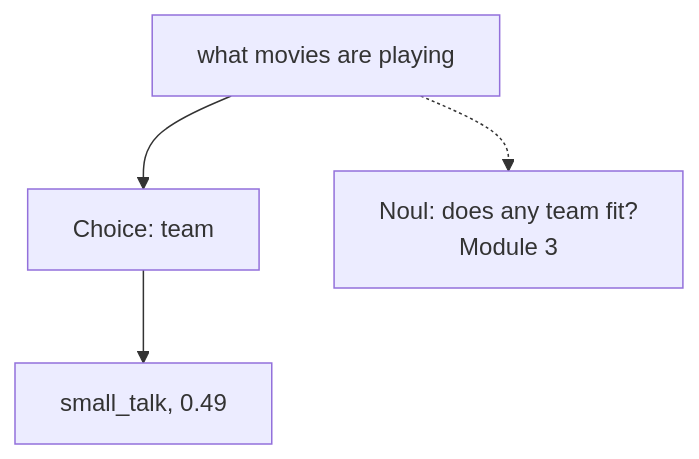
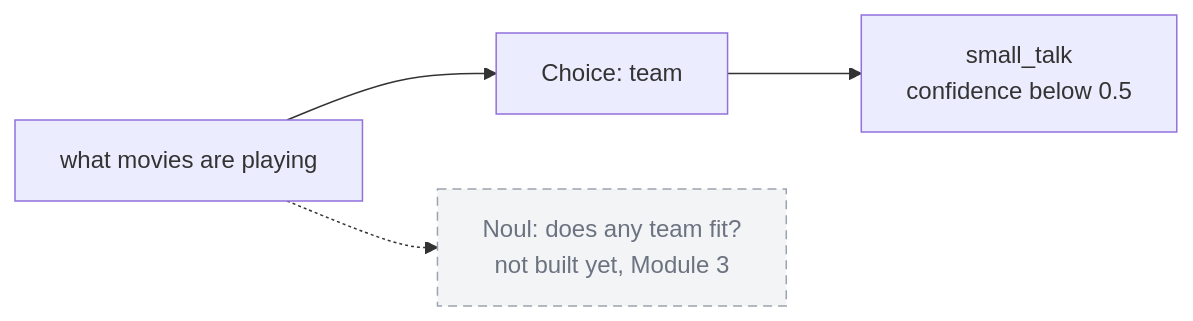
The tenth of 11 diagrams in imp_files/slides/module01_diagrams.md (axel-sirota/getting_started_jev), drawn with Mermaid before and after one commit. The commit also changed other lines of this file and 38 other files, not shown here.

Commit message:
Module 1: notebooks, diagrams and deck

````diff
--- a/imp_files/slides/module01_diagrams.md
+++ b/imp_files/slides/module01_diagrams.md
@@ -115,6 +132,8 @@
 ```mermaid
-flowchart TD
+flowchart LR
   M["what movies are playing"] --> C["Choice: team"]
-  C --> T["small_talk, 0.49"]
-  M -.-> N["Noul: does any team fit?<br/>Module 3"]
+  C --> T["small_talk<br/>confidence below 0.5"]
+  M -.-> N["Noul: does any team fit?<br/>not built yet, Module 3"]
+  classDef future fill:#F3F4F6,stroke:#9CA3AF,color:#6B7280,stroke-dasharray:6 4
+  class N future
 ```
````
